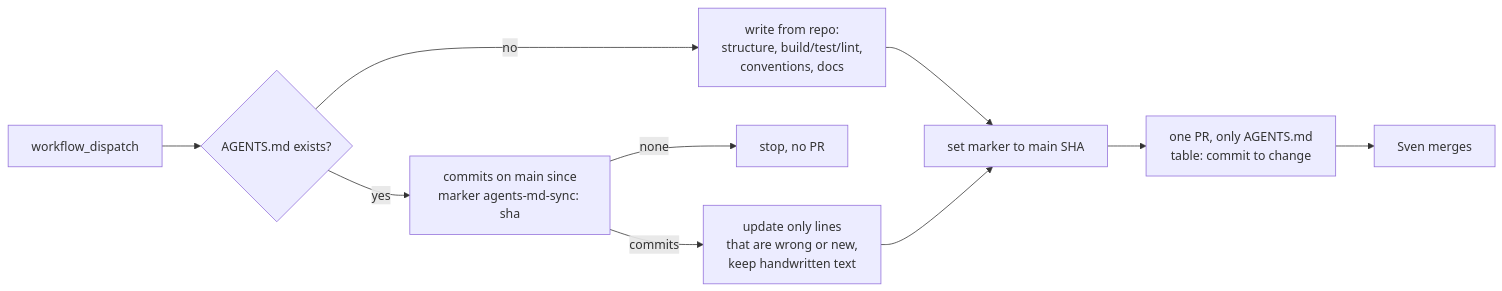
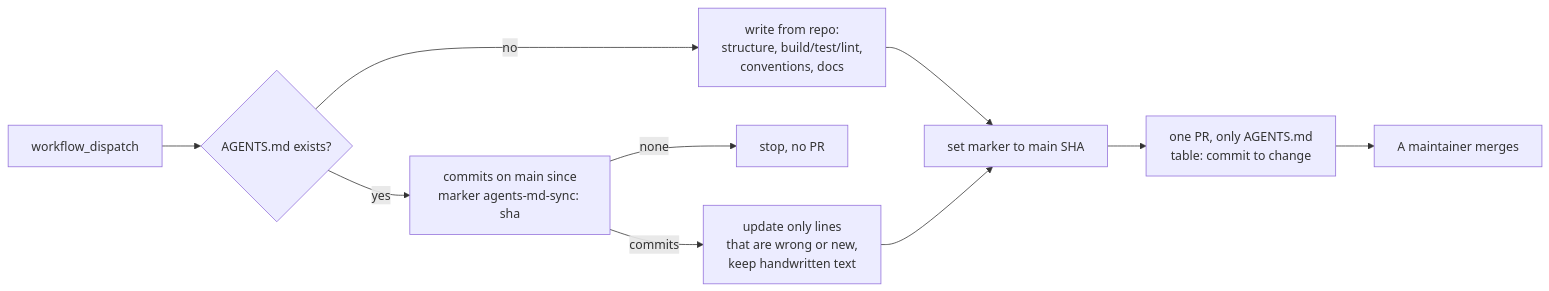
The fifth of 5 diagrams in workflows/README.md (svennijhuis/agentic-workflows), drawn with Mermaid before and after one commit. The commit also changed other lines of this file and 15 other files, not shown here.

First line of the commit message:
Close flow gaps: dispatch handoffs, comment-only reviews, caps, token audit (#40)

````diff
--- a/workflows/README.md
+++ b/workflows/README.md
@@ -162,12 +201,12 @@
 ```mermaid
 flowchart LR
   A[workflow_dispatch] --> B{AGENTS.md exists?}
   B -->|no| C[write from repo:<br/>structure, build/test/lint,<br/>conventions, docs]
   B -->|yes| D[commits on main since<br/>marker agents-md-sync: sha]
   D -->|none| X[stop, no PR]
   D -->|commits| E[update only lines<br/>that are wrong or new,<br/>keep handwritten text]
   C --> F[set marker to main SHA]
   E --> F
   F --> G[one PR, only AGENTS.md<br/>table: commit to change]
-  G --> H[Sven merges]
+  G --> H[A maintainer merges]
 ```
````
